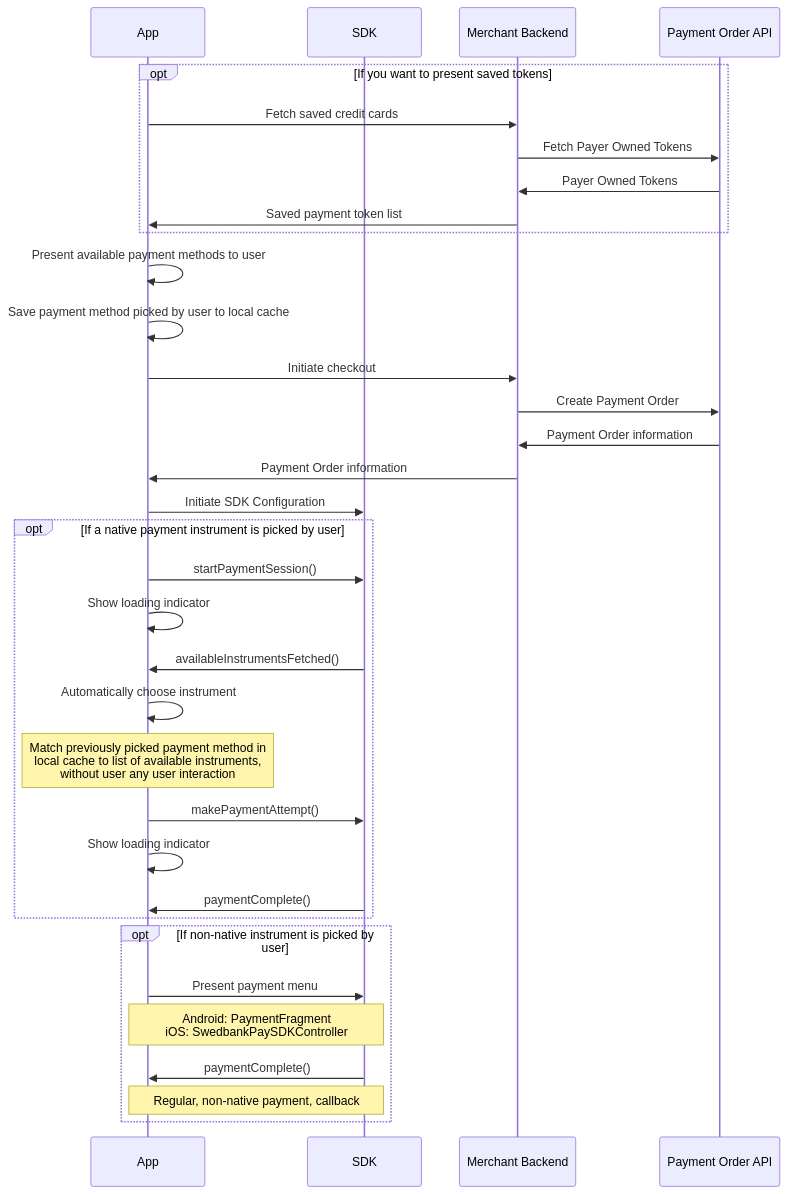
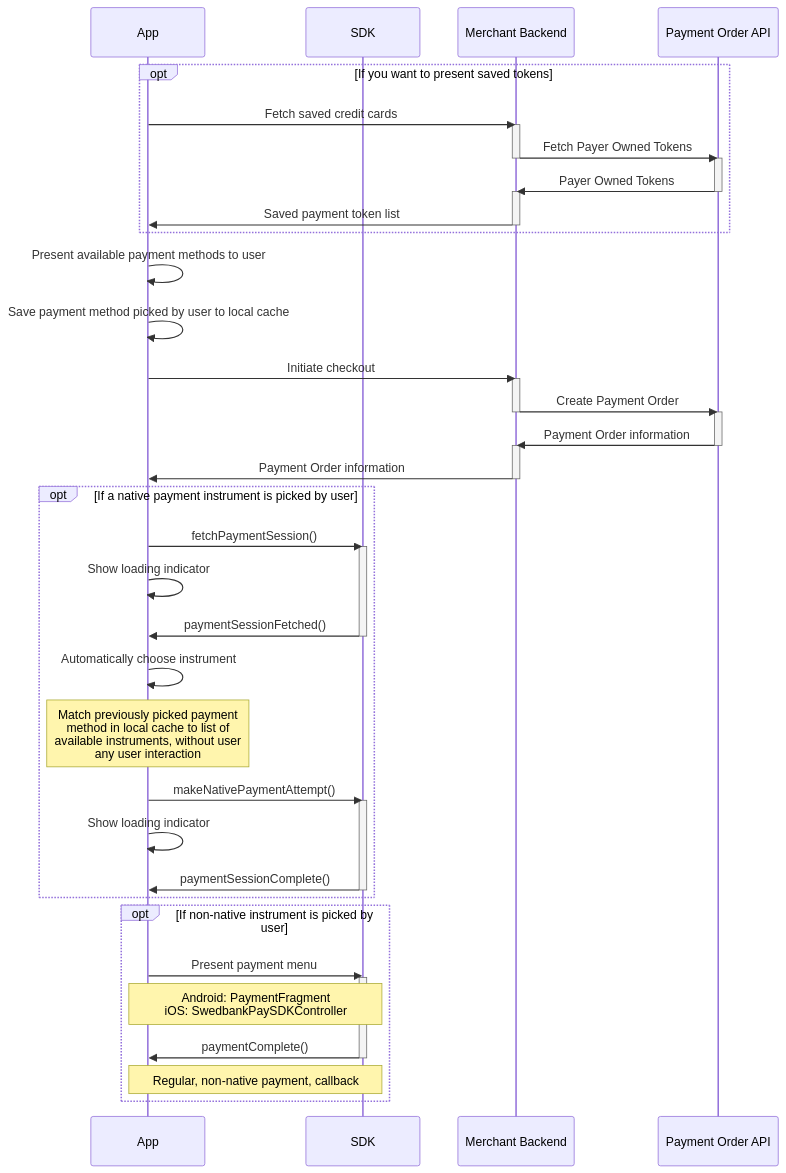
The fourth of 4 diagrams in checkout-v3/modules-sdks/mobile-sdk/native-payments.md (SwedbankPay/developer.swedbankpay.com), drawn with Mermaid before and after one commit. The commit also changed other lines of this file and 3 other files, not shown here.

Commit message:
Update to native payment instructions as well as automatic configuration for bare minimum implementation

````diff
--- a/checkout-v3/modules-sdks/mobile-sdk/native-payments.md
+++ b/checkout-v3/modules-sdks/mobile-sdk/native-payments.md
@@ -489,37 +574,54 @@
 ```mermaid
 sequenceDiagram
     participant App
     participant SDK
     participant Backend as Merchant Backend
     participant SWP as Payment Order API
     
     opt If you want to present saved tokens
         App ->> Backend: Fetch saved credit cards
+        activate Backend
         Backend ->> SWP: Fetch Payer Owned Tokens
+        deactivate Backend
+        activate SWP
         SWP ->> Backend: Payer Owned Tokens
+        deactivate SWP
+        activate Backend
         Backend ->> App: Saved payment token list
+        deactivate Backend
     end
     App ->> App: Present available payment methods to user
     App ->> App: Save payment method picked by user to local cache
     App ->> Backend: Initiate checkout
+    activate Backend
     Backend ->> SWP: Create Payment Order
+    deactivate Backend
+    activate SWP
     SWP ->> Backend: Payment Order information
+    deactivate SWP
+    activate Backend
     Backend ->> App: Payment Order information
-    App ->> SDK: Initiate SDK Configuration
+    deactivate Backend
     opt If a native payment instrument is picked by user
-        App ->> SDK: startPaymentSession()
+        App ->> SDK: fetchPaymentSession()
+        activate SDK
         App ->> App: Show loading indicator
-        SDK ->> App: availableInstrumentsFetched()
+        SDK ->> App: paymentSessionFetched()
+        deactivate SDK
         App ->> App: Automatically choose instrument
-        note over App: Match previously picked payment method in<br/>local cache to list of available instruments,<br/>without user any user interaction
-        App ->> SDK: makePaymentAttempt()
+        note over App: Match previously picked payment<br/>method in local cache to list of<br/>available instruments, without user<br/>any user interaction
+        App ->> SDK: makeNativePaymentAttempt()
+        activate SDK
         App ->> App: Show loading indicator
-        SDK ->> App: paymentComplete()
+        SDK ->> App: paymentSessionComplete()
+        deactivate SDK
     end
     opt If non-native instrument is picked by user
         App ->> SDK: Present payment menu
+        activate SDK
         note over App, SDK: Android: PaymentFragment<br/>iOS: SwedbankPaySDKController
         SDK ->> App: paymentComplete()
+        deactivate SDK
         note over App, SDK: Regular, non-native payment, callback
     end
 ```
````
